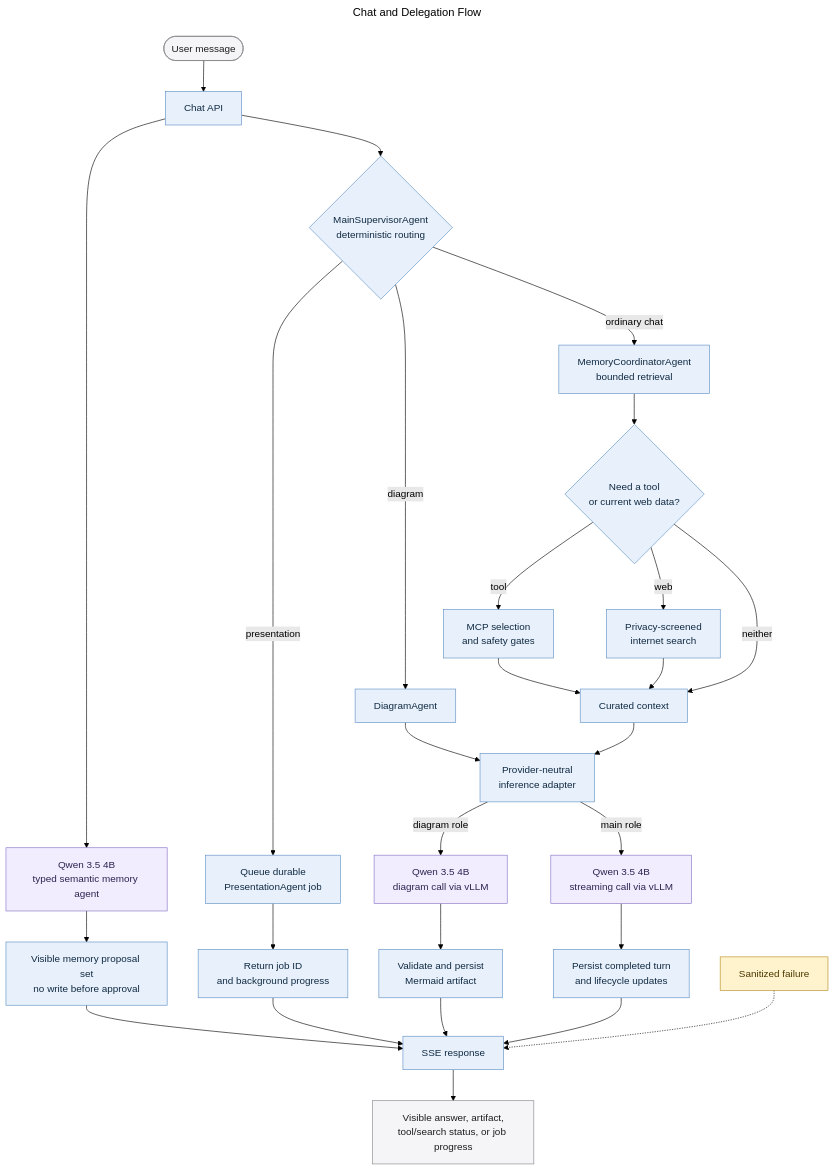
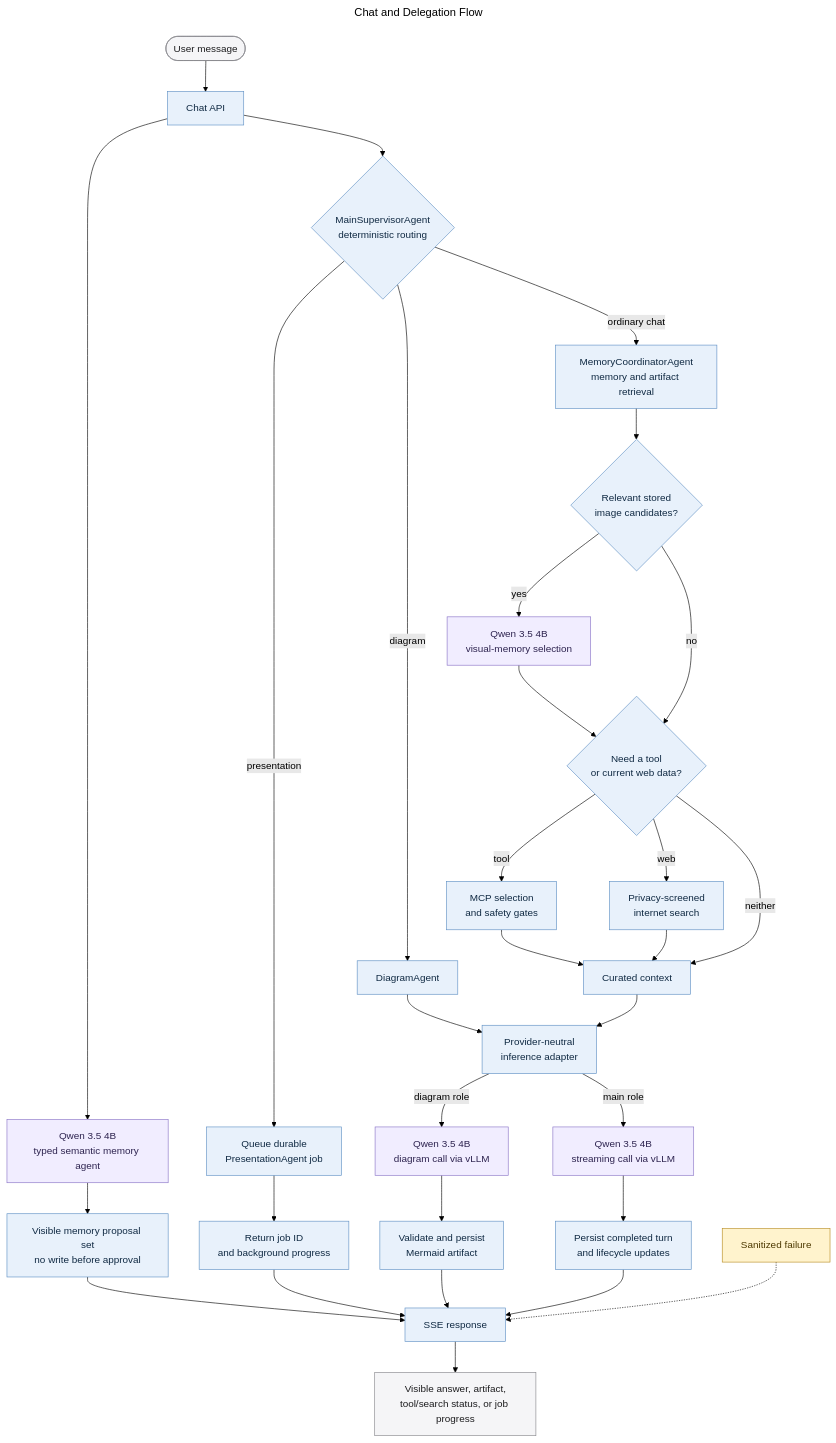
One commit to MallyaAni/PersonalAssistant changed the diagram in docs/diagrams/chat-orchestration.mmd. Above: the diagram before and after it, drawn with Mermaid (forest theme). The commit also changed 66 other files, not shown here.

Commit message:
feat: make visual artifacts memory aware

```diff
--- a/docs/diagrams/chat-orchestration.mmd
+++ b/docs/diagrams/chat-orchestration.mmd
@@ -1,45 +1,48 @@
 ---
 title: Chat and Delegation Flow
 ---
 flowchart TB
     User([User message]) --> API[Chat API]
     API --> Interest[Qwen 3.5 4B<br/>typed semantic memory agent]
     Interest --> Proposal[Visible memory proposal set<br/>no write before approval]
     API --> Supervisor{MainSupervisorAgent<br/>deterministic routing}
 
     Supervisor -->|presentation| Presentation[Queue durable<br/>PresentationAgent job]
     Presentation --> Progress[Return job ID<br/>and background progress]
 
     Supervisor -->|diagram| Diagram[DiagramAgent]
     Diagram --> Inference[Provider-neutral<br/>inference adapter]
     Inference -->|diagram role| DiagramModel[Qwen 3.5 4B<br/>diagram call via vLLM]
     DiagramModel --> Artifact[Validate and persist<br/>Mermaid artifact]
 
-    Supervisor -->|ordinary chat| Memory[MemoryCoordinatorAgent<br/>bounded retrieval]
-    Memory --> Optional{Need a tool<br/>or current web data?}
+    Supervisor -->|ordinary chat| Memory[MemoryCoordinatorAgent<br/>memory and artifact retrieval]
+    Memory --> Visual{Relevant stored<br/>image candidates?}
+    Visual -->|yes| VisualPolicy[Qwen 3.5 4B<br/>visual-memory selection]
+    Visual -->|no| Optional{Need a tool<br/>or current web data?}
+    VisualPolicy --> Optional
     Optional -->|tool| MCP[MCP selection<br/>and safety gates]
     Optional -->|web| Search[Privacy-screened<br/>internet search]
     Optional -->|neither| Context[Curated context]
     MCP --> Context
     Search --> Context
 
     Context --> Inference
     Inference -->|main role| Main[Qwen 3.5 4B<br/>streaming call via vLLM]
     Main --> Persist[Persist completed turn<br/>and lifecycle updates]
     Persist --> Stream[SSE response]
     Proposal --> Stream
 
     Artifact --> Stream
     Progress --> Stream
     Stream --> UI[Visible answer, artifact,<br/>tool/search status, or job progress]
 
     Failure[Sanitized failure] -.-> Stream
 
     classDef interface fill:#f5f5f7,stroke:#86868b,color:#1d1d1f;
     classDef application fill:#e8f1fb,stroke:#5e8fc4,color:#102a43;
     classDef model fill:#f1edff,stroke:#8872c6,color:#2e2450;
     classDef failure fill:#fff3cd,stroke:#b78b20,color:#4d3900;
     class User,UI interface;
-    class API,Supervisor,Presentation,Progress,Diagram,Artifact,Memory,Optional,MCP,Search,Context,Inference,Persist,Stream,Proposal application;
-    class Main,DiagramModel,Interest model;
+    class API,Supervisor,Presentation,Progress,Diagram,Artifact,Memory,Visual,Optional,MCP,Search,Context,Inference,Persist,Stream,Proposal application;
+    class Main,DiagramModel,Interest,VisualPolicy model;
     class Failure failure;
```
